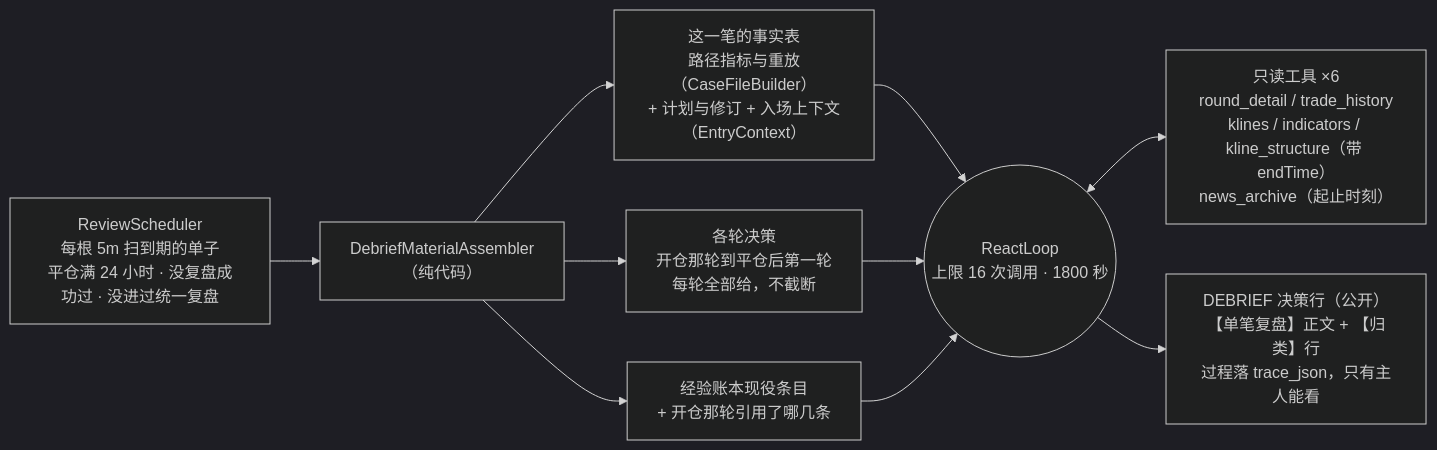
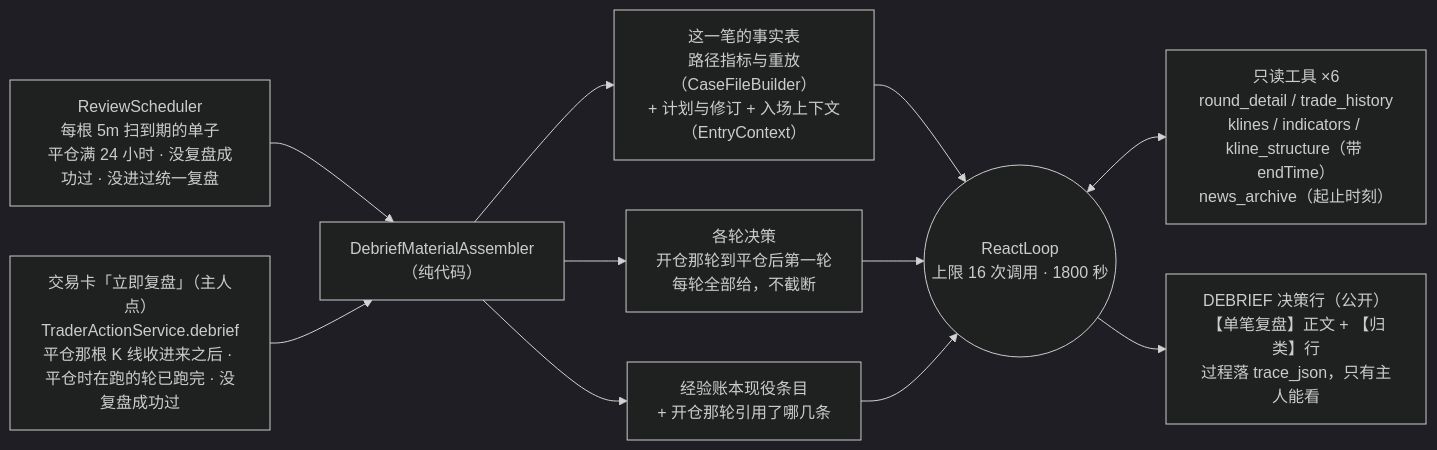
One commit to mamawai/wtfibought changed the third of 6 diagrams in docs/agent-harness/architecture.md. Above: the diagram before and after it, drawn with Mermaid (dark theme). The commit also changed other lines of this file and 42 other files, not shown here.

````diff
--- a/docs/agent-harness/architecture.md
+++ b/docs/agent-harness/architecture.md
@@ -109,10 +109,11 @@
 ```mermaid
 flowchart LR
     DUE["ReviewScheduler<br/>每根 5m 扫到期的单子<br/>平仓满 24 小时 · 没复盘成功过 · 没进过统一复盘"] --> DMA["DebriefMaterialAssembler<br/>（纯代码）"]
+    NOW["交易卡「立即复盘」（主人点）<br/>TraderActionService.debrief<br/>平仓那根 K 线收进来之后 · 平仓时在跑的轮已跑完 · 没复盘成功过"] --> DMA
     DMA --> M1["这一笔的事实表<br/>路径指标与重放（CaseFileBuilder）<br/>+ 计划与修订 + 入场上下文（EntryContext）"]
     DMA --> M2["各轮决策<br/>开仓那轮到平仓后第一轮<br/>每轮全部给，不截断"]
     DMA --> M3["经验账本现役条目<br/>+ 开仓那轮引用了哪几条"]
     M1 & M2 & M3 --> RA(("ReactLoop<br/>上限 16 次调用 · 1800 秒"))
     RA <--> T["只读工具 ×6<br/>round_detail / trade_history<br/>klines / indicators / kline_structure（带 endTime）<br/>news_archive（起止时刻）"]
     RA --> OUT["DEBRIEF 决策行（公开）<br/>【单笔复盘】正文 + 【归类】行<br/>过程落 trace_json，只有主人能看"]
 ```
````
